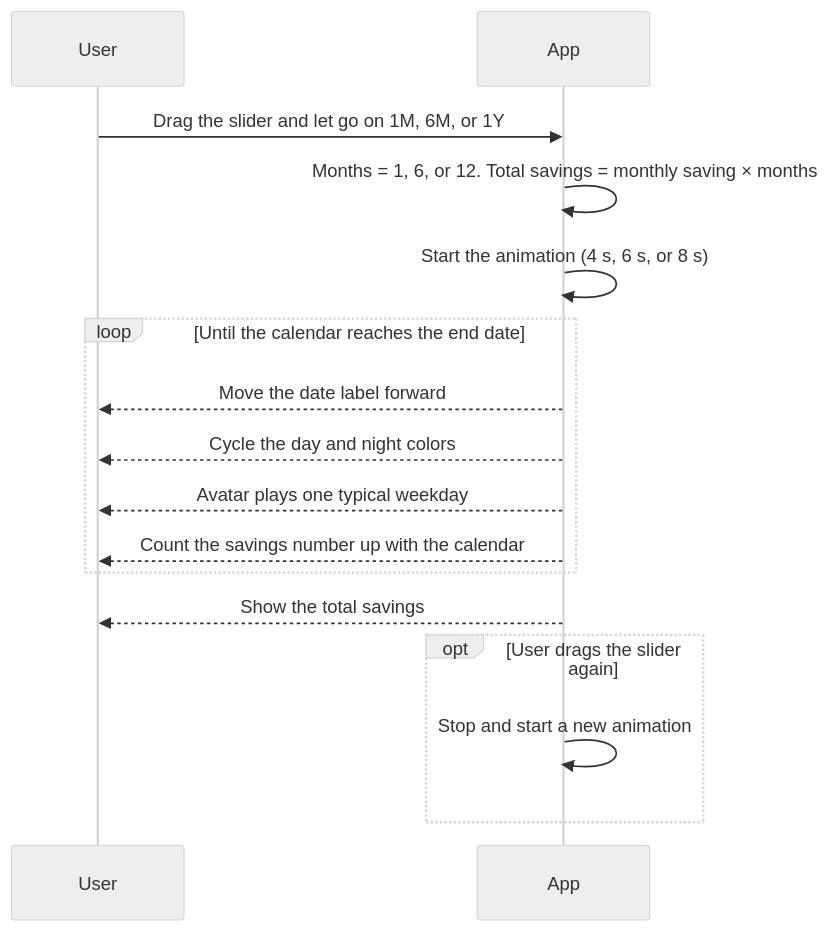
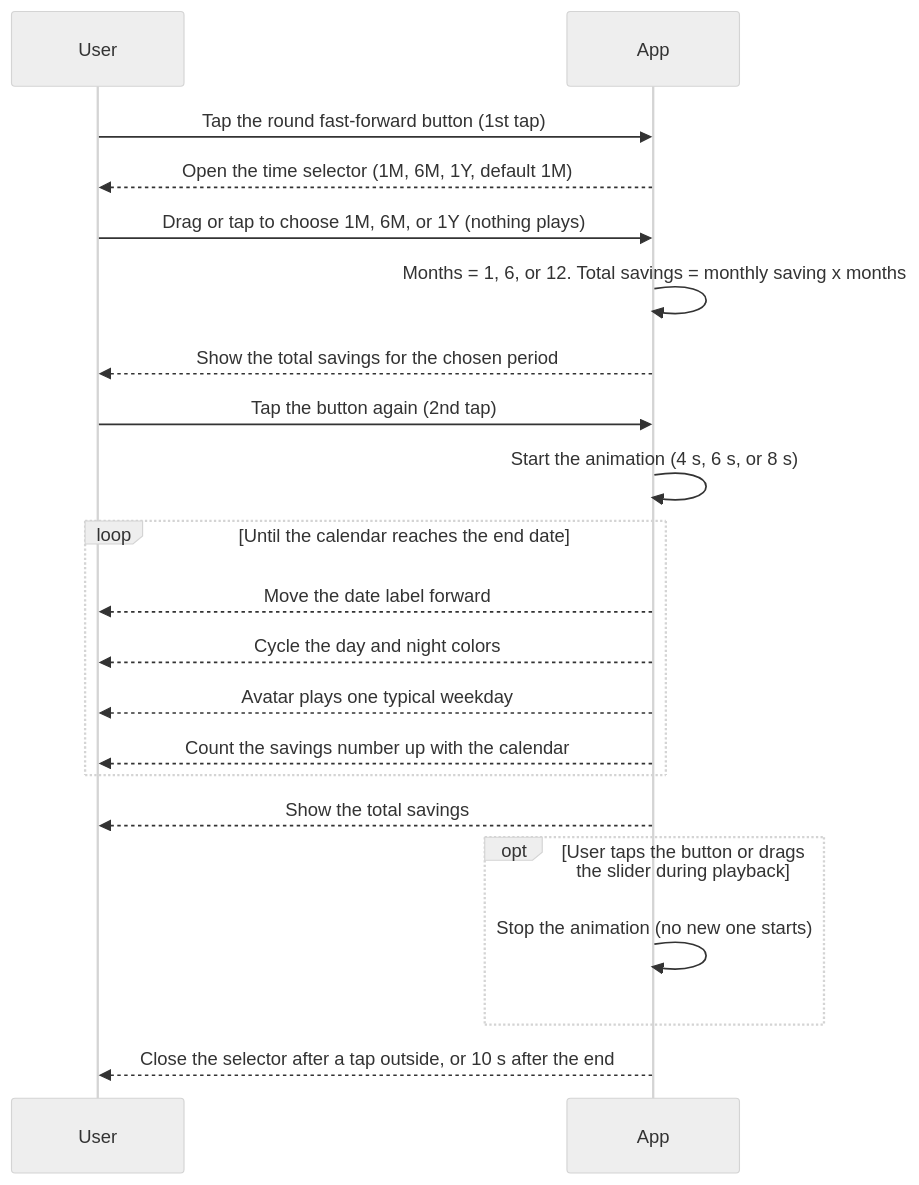
The sixth of 15 diagrams in docs/Workflow.md (HONGJIABAO/Simeplify), drawn with Mermaid (neutral theme) before and after one commit. The commit also changed other lines of this file and 10 other files, not shown here.

````diff
--- a/docs/Workflow.md
+++ b/docs/Workflow.md
@@ -221,19 +224,24 @@
 ```mermaid
 sequenceDiagram
     participant User
     participant App
 
-    User->>App: Drag the slider and let go on 1M, 6M, or 1Y
-    App->>App: Months = 1, 6, or 12. Total savings = monthly saving × months
+    User->>App: Tap the round fast-forward button (1st tap)
+    App-->>User: Open the time selector (1M, 6M, 1Y, default 1M)
+    User->>App: Drag or tap to choose 1M, 6M, or 1Y (nothing plays)
+    App->>App: Months = 1, 6, or 12. Total savings = monthly saving x months
+    App-->>User: Show the total savings for the chosen period
+    User->>App: Tap the button again (2nd tap)
     App->>App: Start the animation (4 s, 6 s, or 8 s)
     loop Until the calendar reaches the end date
         App-->>User: Move the date label forward
         App-->>User: Cycle the day and night colors
         App-->>User: Avatar plays one typical weekday
         App-->>User: Count the savings number up with the calendar
     end
     App-->>User: Show the total savings
-    opt User drags the slider again
-        App->>App: Stop and start a new animation
+    opt User taps the button or drags the slider during playback
+        App->>App: Stop the animation (no new one starts)
     end
+    App-->>User: Close the selector after a tap outside, or 10 s after the end
 ```
````
